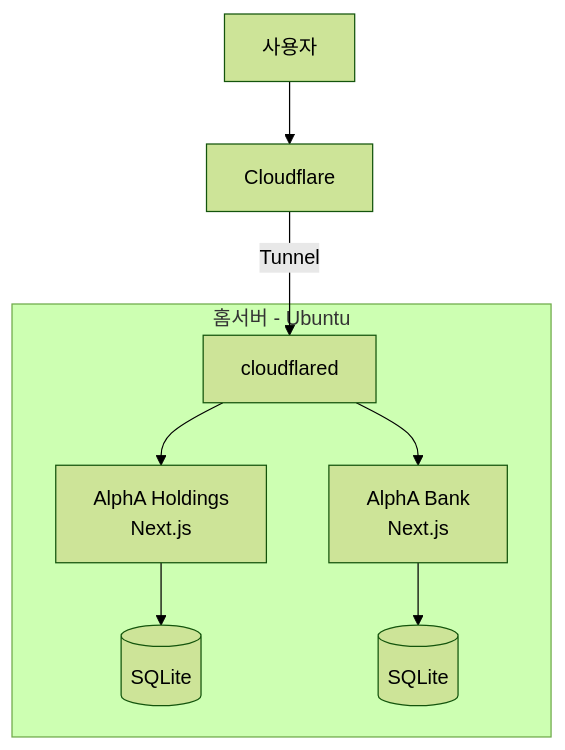
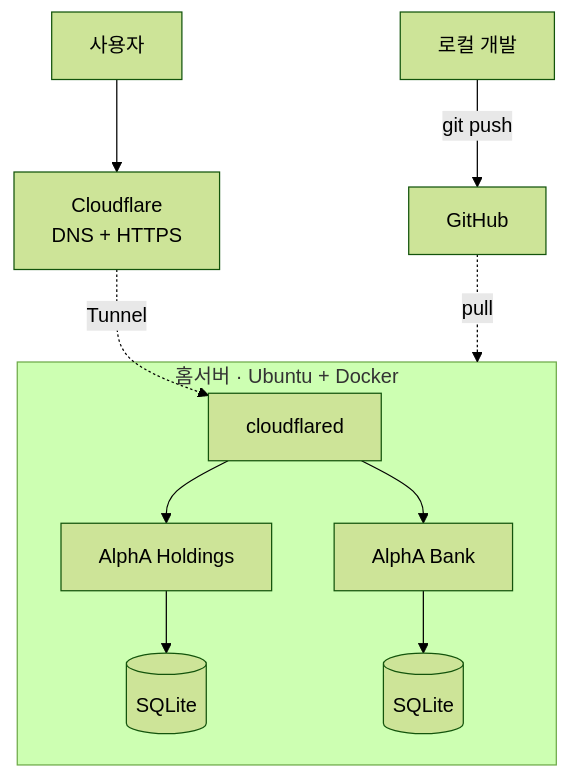
Before and after one commit to alpha-1nc/alpha-infra: the diagram in README.md, drawn with Mermaid (forest theme). The commit also changed other lines of this file, not shown here.

````diff
--- a/README.md
+++ b/README.md
@@ -9,12 +9,16 @@
 ```mermaid
 flowchart TD
-    User[사용자] --> CF[Cloudflare]
-    CF -->|Tunnel| CFD[cloudflared]
+    User[사용자] --> CF[Cloudflare<br/>DNS + HTTPS]
+    CF -.Tunnel.-> CFD
 
-    subgraph Server[홈서버 - Ubuntu]
-        CFD --> H[AlphA Holdings<br/>Next.js]
-        CFD --> B[AlphA Bank<br/>Next.js]
+    Dev[로컬 개발] -->|git push| GH[GitHub]
+    GH -.pull.-> Server
+
+    subgraph Server[홈서버 · Ubuntu + Docker]
+        CFD[cloudflared]
+        CFD --> H[AlphA Holdings]
+        CFD --> B[AlphA Bank]
         H --> HDB[(SQLite)]
         B --> BDB[(SQLite)]
     end
 ```
````
